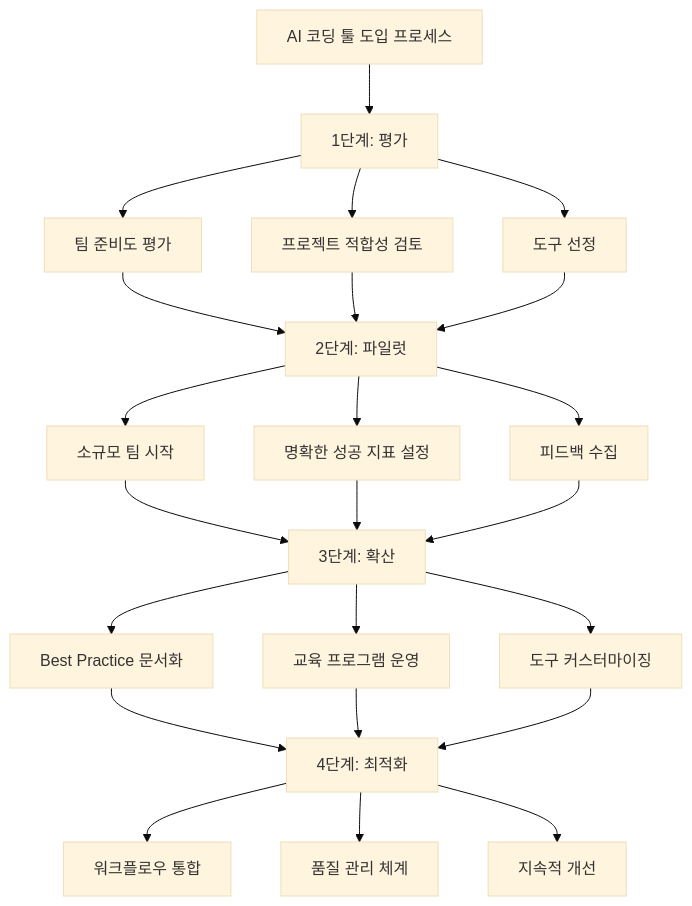
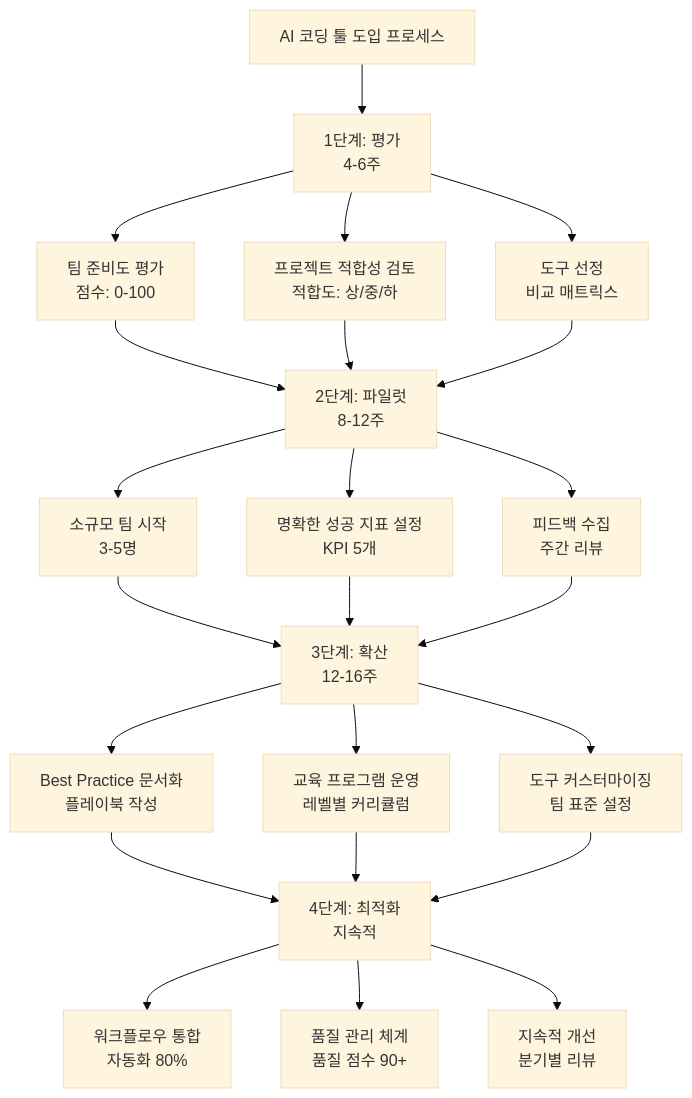
Before and after one commit to parklabo/parklabo.github.io: the fifth of 6 diagrams in _posts/2025-07-23-ai-coding-tools-development-process.markdown, drawn with Mermaid (base theme). The commit also changed other lines of this file, not shown here.

````diff
--- a/_posts/2025-07-23-ai-coding-tools-development-process.markdown
+++ b/_posts/2025-07-23-ai-coding-tools-development-process.markdown
@@ -133,33 +133,33 @@
 ```mermaid
 flowchart TD
     A[AI 코딩 툴 도입 프로세스]
-    A --> B[1단계: 평가]
+    A --> B[1단계: 평가<br/>4-6주]
     
-    B --> B1[팀 준비도 평가]
-    B --> B2[프로젝트 적합성 검토]
-    B --> B3[도구 선정]
+    B --> B1[팀 준비도 평가<br/>점수: 0-100]
+    B --> B2[프로젝트 적합성 검토<br/>적합도: 상/중/하]
+    B --> B3[도구 선정<br/>비교 매트릭스]
     
-    B1 --> C[2단계: 파일럿]
+    B1 --> C[2단계: 파일럿<br/>8-12주]
     B2 --> C
     B3 --> C
     
-    C --> C1[소규모 팀 시작]
-    C --> C2[명확한 성공 지표 설정]
-    C --> C3[피드백 수집]
+    C --> C1[소규모 팀 시작<br/>3-5명]
+    C --> C2[명확한 성공 지표 설정<br/>KPI 5개]
+    C --> C3[피드백 수집<br/>주간 리뷰]
     
-    C1 --> D[3단계: 확산]
+    C1 --> D[3단계: 확산<br/>12-16주]
     C2 --> D
     C3 --> D
     
-    D --> D1[Best Practice 문서화]
-    D --> D2[교육 프로그램 운영]
-    D --> D3[도구 커스터마이징]
+    D --> D1[Best Practice 문서화<br/>플레이북 작성]
+    D --> D2[교육 프로그램 운영<br/>레벨별 커리큘럼]
+    D --> D3[도구 커스터마이징<br/>팀 표준 설정]
     
-    D1 --> E[4단계: 최적화]
+    D1 --> E[4단계: 최적화<br/>지속적]
     D2 --> E
     D3 --> E
     
-    E --> E1[워크플로우 통합]
-    E --> E2[품질 관리 체계]
-    E --> E3[지속적 개선]
+    E --> E1[워크플로우 통합<br/>자동화 80%]
+    E --> E2[품질 관리 체계<br/>품질 점수 90+]
+    E --> E3[지속적 개선<br/>분기별 리뷰]
 ```
````
